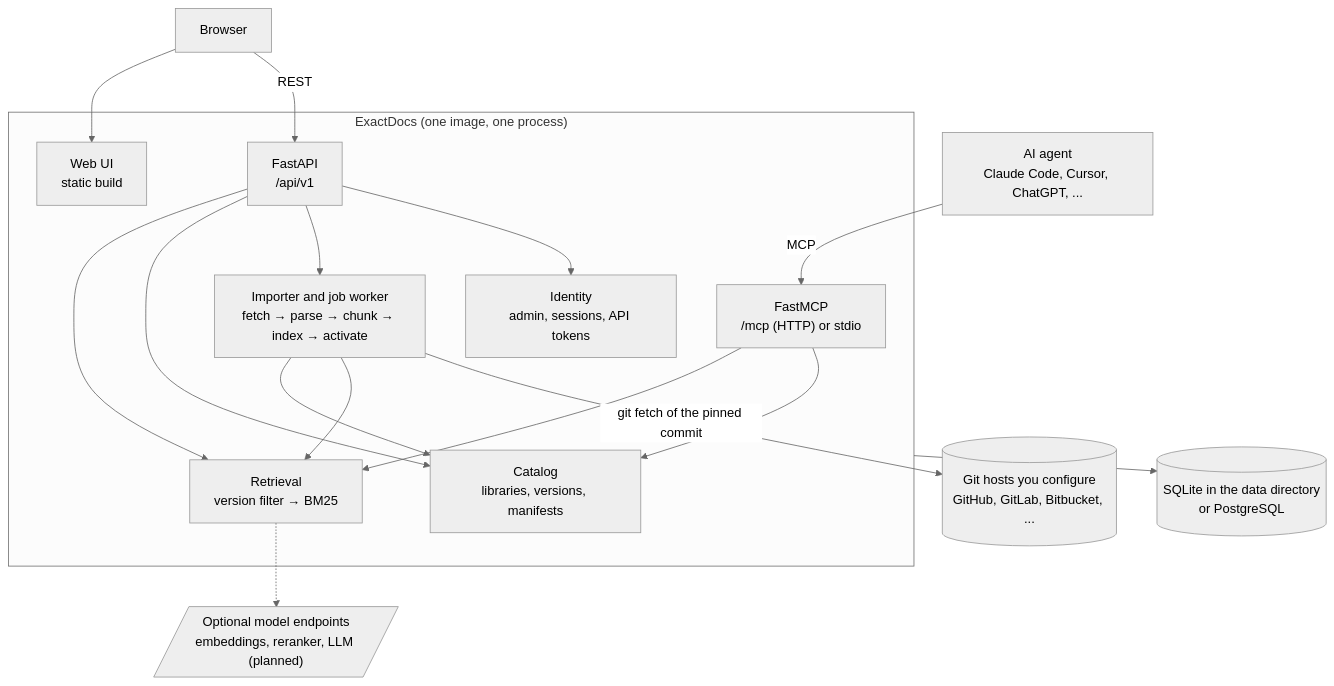
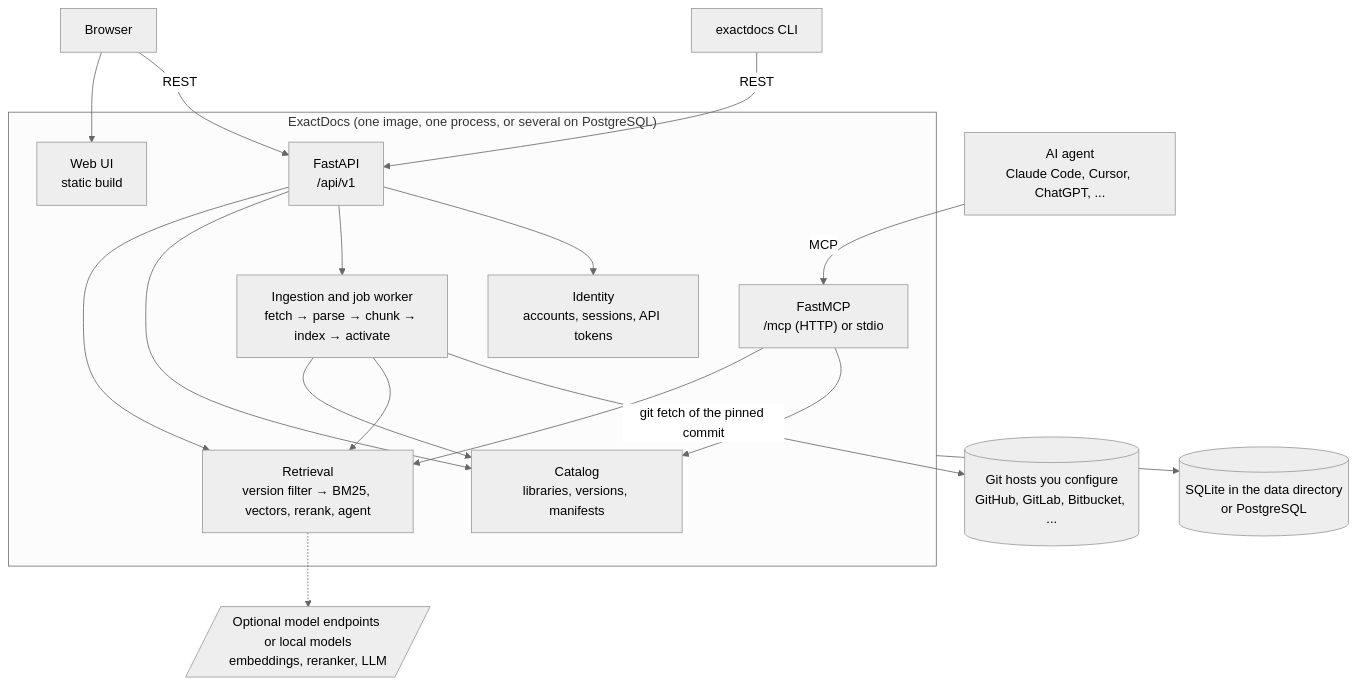
One commit to SirCypkowskyy/ExactDocs changed the diagram in README.md. Above: the diagram before and after it, drawn with Mermaid (neutral theme). The commit also changed other lines of this file and 13 other files, not shown here.

````diff
--- a/README.md
+++ b/README.md
@@ -1358,26 +138,28 @@
 ```mermaid
 flowchart TD
     agent["AI agent<br/>Claude Code, Cursor, ChatGPT, ..."]
     browser[Browser]
-    subgraph app ["ExactDocs (one image, one process)"]
+    cli["exactdocs CLI"]
+    subgraph app ["ExactDocs (one image, one process, or several on PostgreSQL)"]
         mcp["FastMCP<br/>/mcp (HTTP) or stdio"]
         api["FastAPI<br/>/api/v1"]
         ui["Web UI<br/>static build"]
-        retrieval["Retrieval<br/>version filter → BM25"]
+        retrieval["Retrieval<br/>version filter → BM25, vectors, rerank, agent"]
         catalog["Catalog<br/>libraries, versions, manifests"]
-        importer["Importer and job worker<br/>fetch → parse → chunk → index → activate"]
-        identity["Identity<br/>admin, sessions, API tokens"]
+        importer["Ingestion and job worker<br/>fetch → parse → chunk → index → activate"]
+        identity["Identity<br/>accounts, sessions, API tokens"]
         mcp --> retrieval & catalog
         api --> retrieval & catalog & importer & identity
         importer --> catalog & retrieval
     end
     db[("SQLite in the data directory<br/>or PostgreSQL")]
     git[("Git hosts you configure<br/>GitHub, GitLab, Bitbucket, ...")]
-    models[/"Optional model endpoints<br/>embeddings, reranker, LLM (planned)"/]
+    models[/"Optional model endpoints or local models<br/>embeddings, reranker, LLM"/]
     agent -->|MCP| mcp
     browser --> ui
     browser -->|REST| api
+    cli -->|REST| api
     app --> db
     importer -->|git fetch of the pinned commit| git
     retrieval -.-> models
 ```
````
